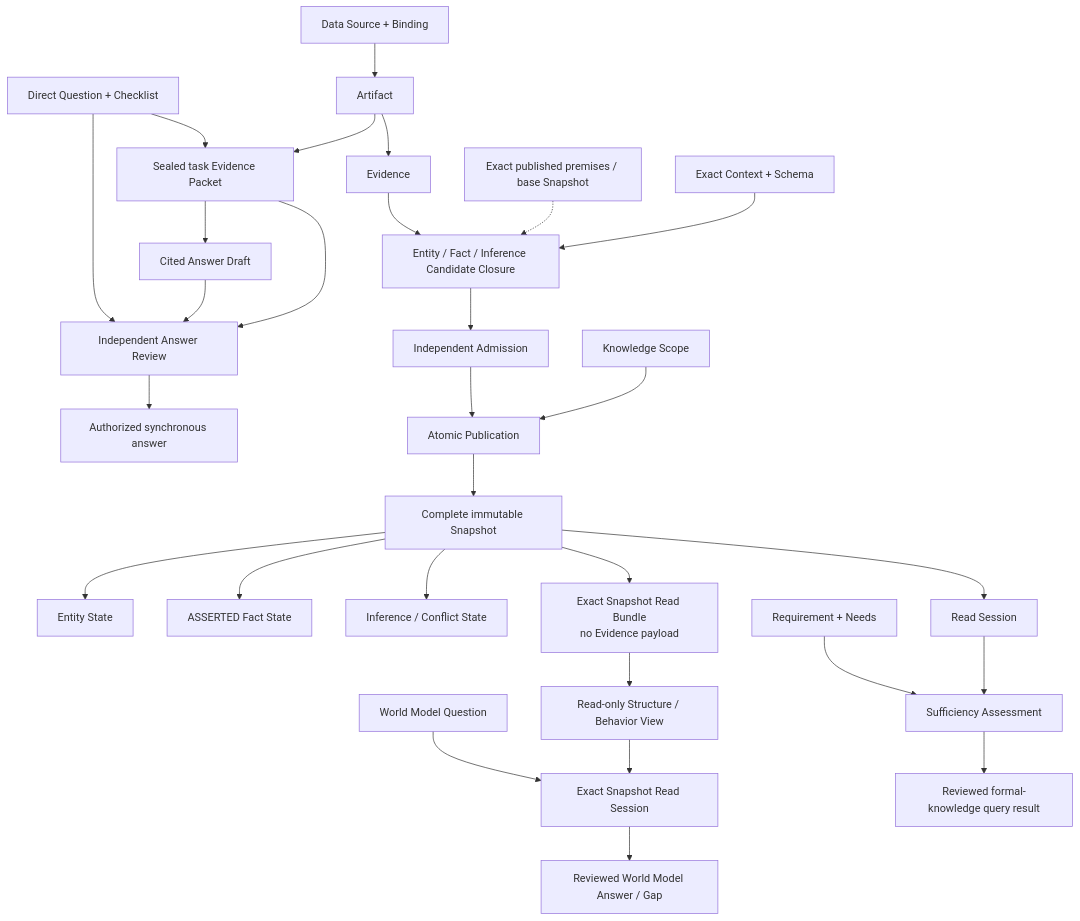
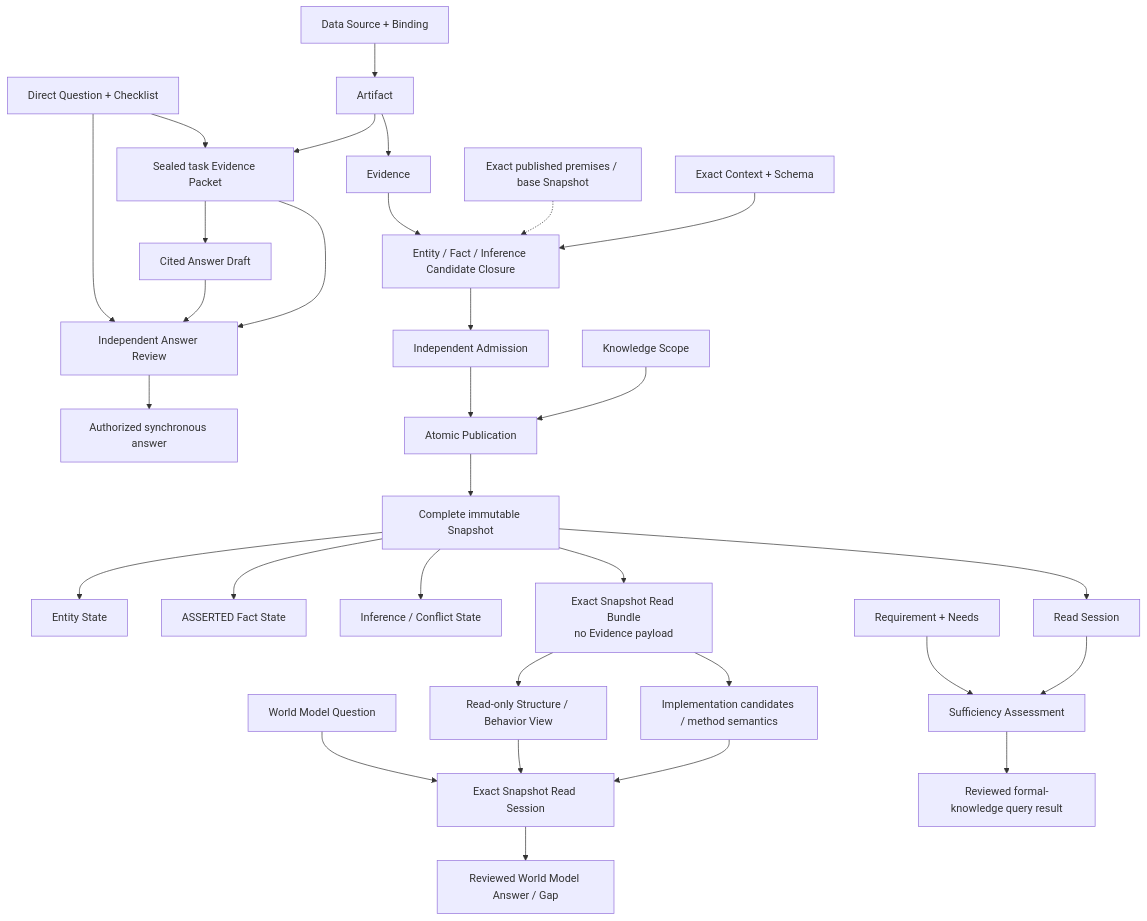
One commit to baitianxia/software-world-model changed the diagram in docs/system/architecture/domain-model.md. Above: the diagram before and after it, drawn with Mermaid. The commit also changed other lines of this file and 141 other files, not shown here.

````diff
--- a/docs/system/architecture/domain-model.md
+++ b/docs/system/architecture/domain-model.md
@@ -14,31 +14,33 @@
 ```mermaid
 flowchart TD
     DS["Data Source + Binding"] --> AR["Artifact"]
     Q["Direct Question + Checklist"] --> EP["Sealed task Evidence Packet"]
     AR --> EP
     EP --> DA["Cited Answer Draft"]
     Q --> RV["Independent Answer Review"]
     DA --> RV
     EP --> RV
     RV --> AA["Authorized synchronous answer"]
     AR --> EV["Evidence"]
     EV --> CC["Entity / Fact / Inference Candidate Closure"]
     PS["Exact published premises / base Snapshot"] -.-> CC
     CX["Exact Context + Schema"] --> CC
     CC --> AD["Independent Admission"]
     AD --> PB["Atomic Publication"]
     KS["Knowledge Scope"] --> PB
     PB --> SN["Complete immutable Snapshot"]
     SN --> EN["Entity State"]
     SN --> FA["ASSERTED Fact State"]
     SN --> IN["Inference / Conflict State"]
     SN --> RB["Exact Snapshot Read Bundle<br/>no Evidence payload"]
     RB --> SV["Read-only Structure / Behavior View"]
+    RB --> IQ["Implementation candidates / method semantics"]
     WQ["World Model Question"] --> WR["Exact Snapshot Read Session"]
     SV --> WR
+    IQ --> WR
     WR --> WA["Reviewed World Model Answer / Gap"]
     SN --> RS["Read Session"]
     RQ["Requirement + Needs"] --> AS["Sufficiency Assessment"]
     RS --> AS
     AS --> KA["Reviewed formal-knowledge query result"]
 ```
````
